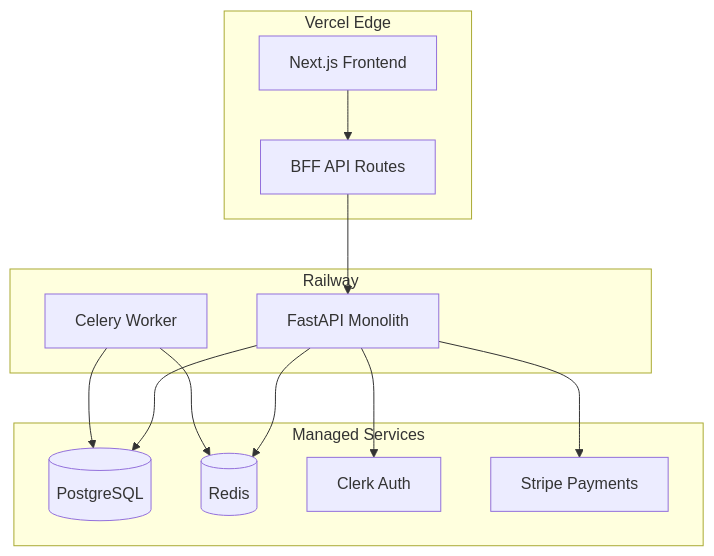
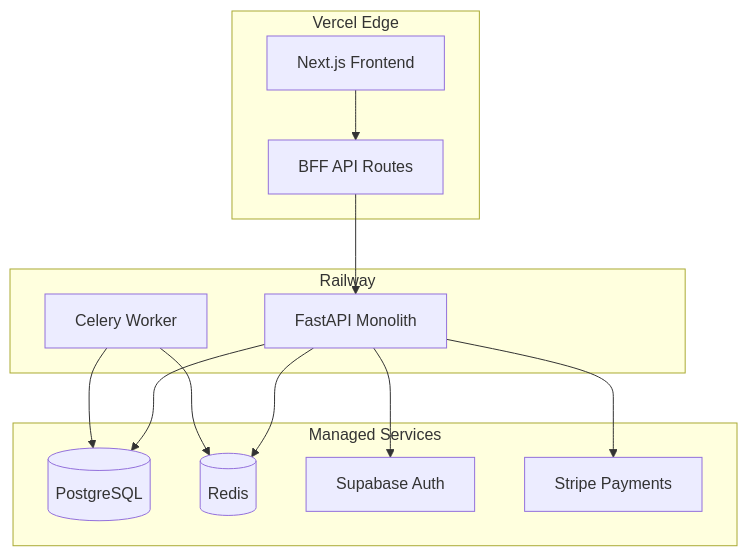
One commit to ayushrai1235/TravelMate changed the first of 2 diagrams in docs/04-architecture/Microservices.md. Above: the diagram before and after it, drawn with Mermaid. The commit also changed 77 other files, not shown here.

Commit message:
feat: initialize core backend architecture and documentation for TravelMate API service

````diff
--- a/docs/04-architecture/Microservices.md
+++ b/docs/04-architecture/Microservices.md
@@ -64,28 +64,28 @@
 ```mermaid
 graph TB
     subgraph "Vercel Edge"
         Frontend["Next.js Frontend"]
         BFF["BFF API Routes"]
     end
     
     subgraph "Railway"
         FastAPI["FastAPI Monolith"]
         Celery["Celery Worker"]
     end
     
     subgraph "Managed Services"
         PostgreSQL[("PostgreSQL")]
         Redis[("Redis")]
-        Clerk["Clerk Auth"]
+        Supabase["Supabase Auth"]
         Stripe["Stripe Payments"]
     end
     
     Frontend --> BFF
     BFF --> FastAPI
     FastAPI --> PostgreSQL
     FastAPI --> Redis
-    FastAPI --> Clerk
+    FastAPI --> Supabase
     FastAPI --> Stripe
     Celery --> PostgreSQL
     Celery --> Redis
 ```
````
